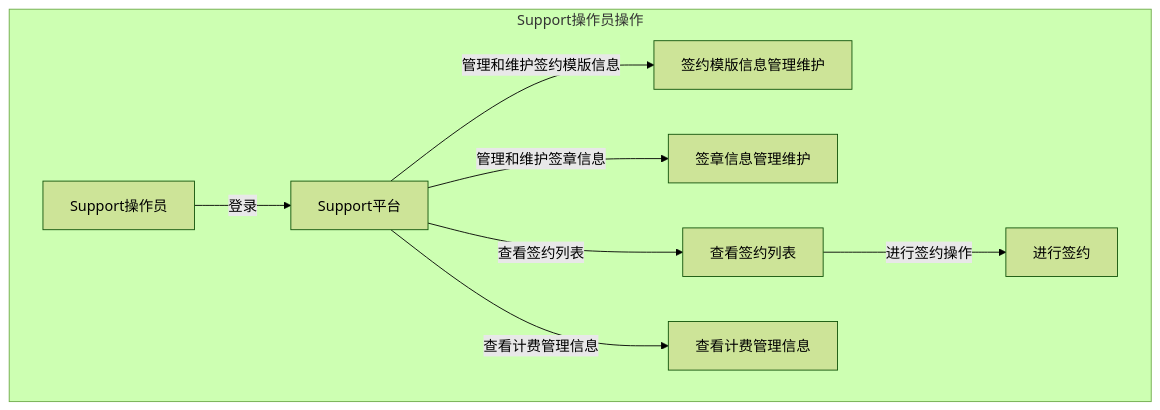
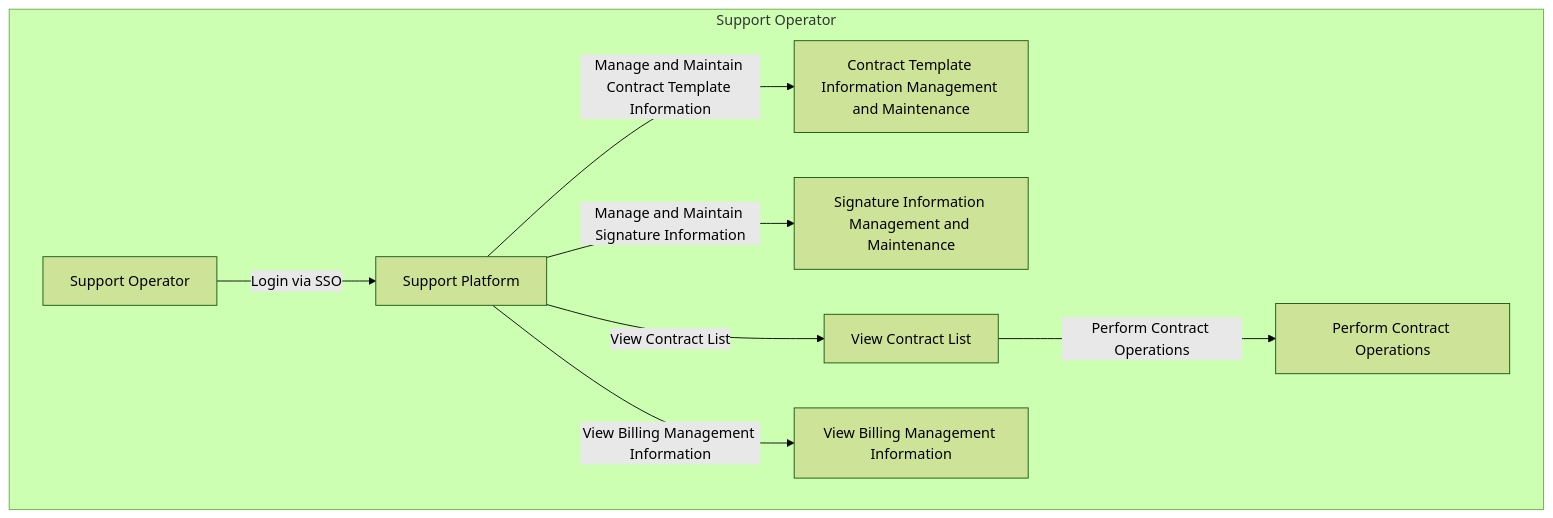
Before and after one commit to leonwgc/ant-admin-template: the diagram in support操作员.mmd, drawn with Mermaid (forest theme). The commit also changed 1 other file, not shown here.

```diff
--- a/support操作员.mmd
+++ b/support操作员.mmd
@@ -1,9 +1,9 @@
 flowchart TD
-    subgraph Support操作员操作
-        Support操作员[Support操作员] -->|登录| Support平台[Support平台]
-        Support平台 -->|管理和维护签约模版信息| 签约模版管理[签约模版信息管理维护]
-        Support平台 -->|管理和维护签章信息| 签章管理[签章信息管理维护]
-        Support平台 -->|查看签约列表| 签约列表查看[查看签约列表]
-        签约列表查看 -->|进行签约操作| 签约操作[进行签约]
-        Support平台 -->|查看计费管理信息| 计费管理查看[查看计费管理信息]
+    subgraph Support Operator
+        SupportOperator[Support Operator] -->|Login via SSO| SupportPlatform[Support Platform]
+        SupportPlatform -->|Manage and Maintain Contract Template Information| ContractTemplateManagement[Contract Template Information Management and Maintenance]
+        SupportPlatform -->|Manage and Maintain Signature Information| SignatureManagement[Signature Information Management and Maintenance]
+        SupportPlatform -->|View Contract List| ContractListView[View Contract List]
+        ContractListView -->|Perform Contract Operations| ContractOperations[Perform Contract Operations]
+        SupportPlatform -->|View Billing Management Information| BillingManagementView[View Billing Management Information]
     end
```
